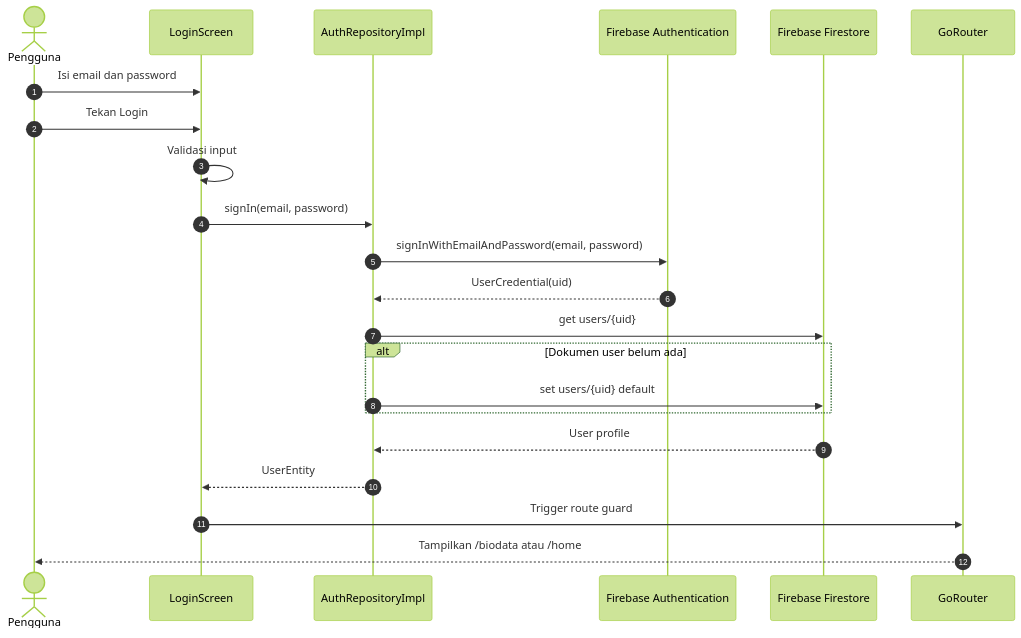
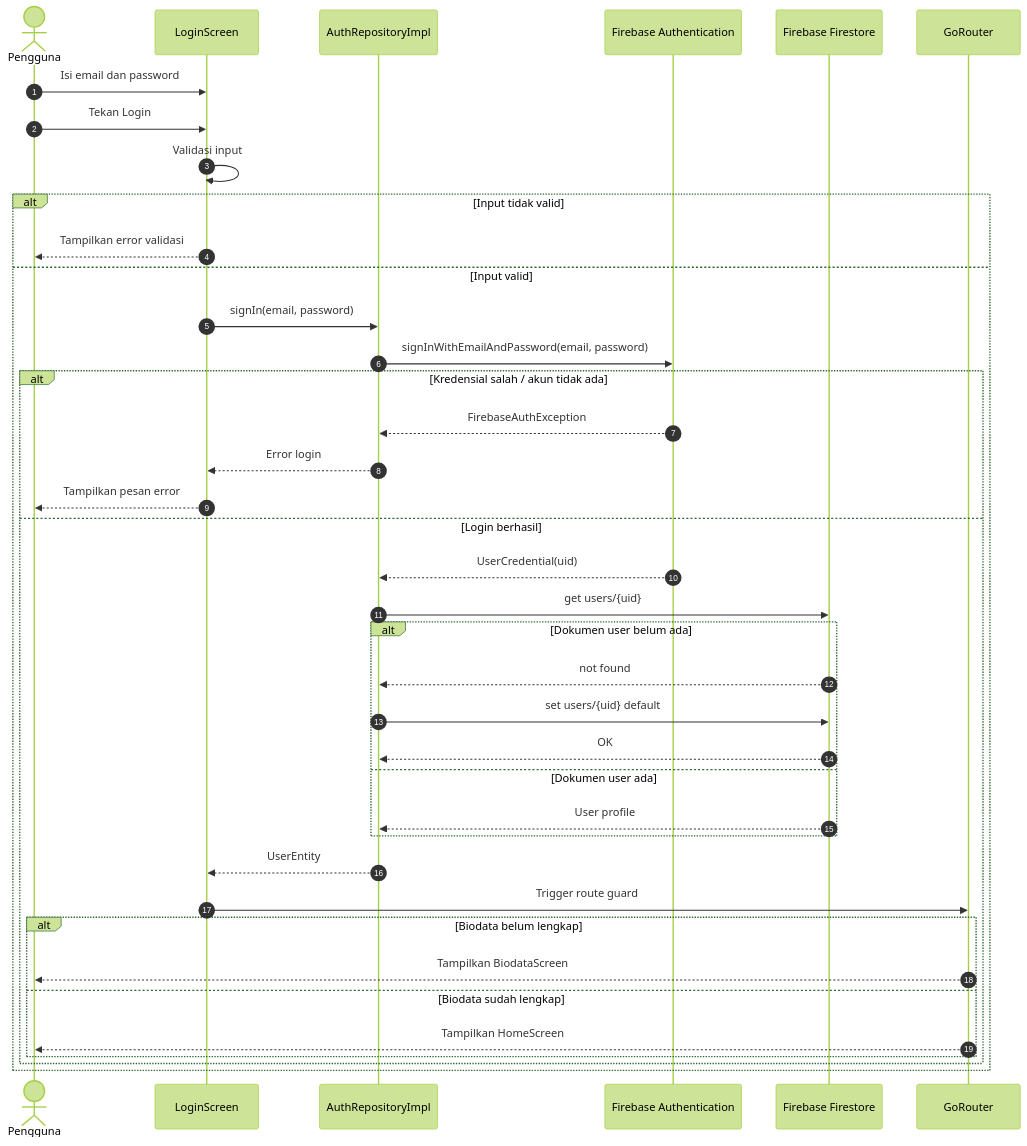
Before and after one commit to arifrachmatdx/Kinetra: diagram 16 of 26 in docs/uml.md, drawn with Mermaid (forest theme). The commit also changed other lines of this file and 1 other file, not shown here.

Commit message:
docs: add detailed UML decisions and alternatives

````diff
--- a/docs/uml.md
+++ b/docs/uml.md
@@ -714,25 +900,42 @@
 ```mermaid
 sequenceDiagram
     autonumber
     actor User as Pengguna
     participant Login as LoginScreen
     participant AuthRepo as AuthRepositoryImpl
     participant FirebaseAuth as Firebase Authentication
     participant Firestore as Firebase Firestore
     participant Router as GoRouter
 
     User->>Login: Isi email dan password
     User->>Login: Tekan Login
     Login->>Login: Validasi input
-    Login->>AuthRepo: signIn(email, password)
-    AuthRepo->>FirebaseAuth: signInWithEmailAndPassword(email, password)
-    FirebaseAuth-->>AuthRepo: UserCredential(uid)
-    AuthRepo->>Firestore: get users/{uid}
-    alt Dokumen user belum ada
-        AuthRepo->>Firestore: set users/{uid} default
+    alt Input tidak valid
+        Login-->>User: Tampilkan error validasi
+    else Input valid
+        Login->>AuthRepo: signIn(email, password)
+        AuthRepo->>FirebaseAuth: signInWithEmailAndPassword(email, password)
+        alt Kredensial salah / akun tidak ada
+            FirebaseAuth-->>AuthRepo: FirebaseAuthException
+            AuthRepo-->>Login: Error login
+            Login-->>User: Tampilkan pesan error
+        else Login berhasil
+            FirebaseAuth-->>AuthRepo: UserCredential(uid)
+            AuthRepo->>Firestore: get users/{uid}
+            alt Dokumen user belum ada
+                Firestore-->>AuthRepo: not found
+                AuthRepo->>Firestore: set users/{uid} default
+                Firestore-->>AuthRepo: OK
+            else Dokumen user ada
+                Firestore-->>AuthRepo: User profile
+            end
+            AuthRepo-->>Login: UserEntity
+            Login->>Router: Trigger route guard
+            alt Biodata belum lengkap
+                Router-->>User: Tampilkan BiodataScreen
+            else Biodata sudah lengkap
+                Router-->>User: Tampilkan HomeScreen
+            end
+        end
     end
-    Firestore-->>AuthRepo: User profile
-    AuthRepo-->>Login: UserEntity
-    Login->>Router: Trigger route guard
-    Router-->>User: Tampilkan /biodata atau /home
 ```
````
